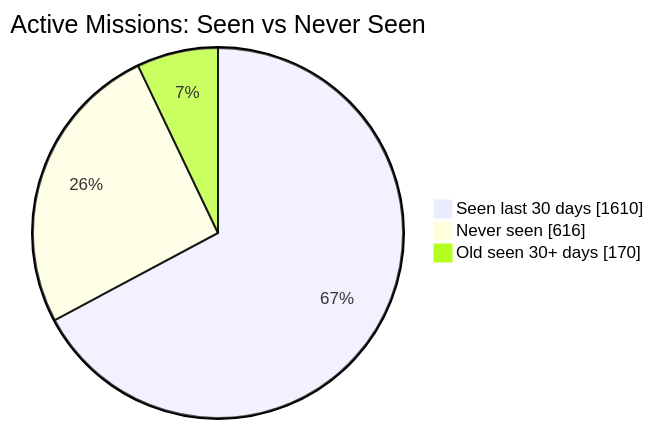
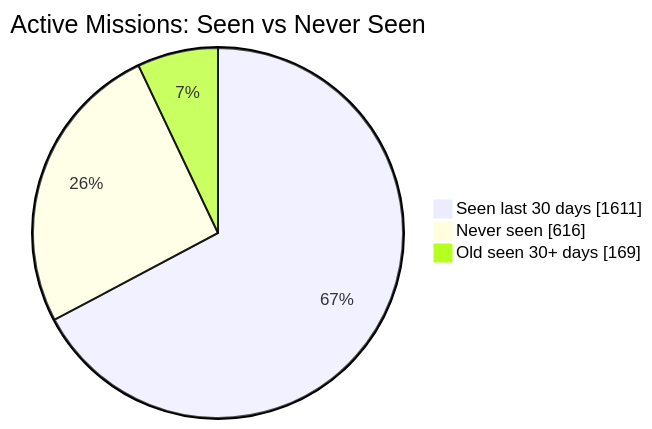
One commit to MeldkamerspelGameTeam/active-missions changed the first of 2 diagrams in README.md. Above: the diagram before and after it, drawn with Mermaid. The commit also changed other lines of this file and 2 other files, not shown here.

````diff
--- a/README.md
+++ b/README.md
@@ -34,7 +34,7 @@
 ```mermaid
 pie showData
     title Active Missions: Seen vs Never Seen
-    "Seen last 30 days" : 1610
+    "Seen last 30 days" : 1611
     "Never seen" : 616
-    "Old seen 30+ days" : 170
+    "Old seen 30+ days" : 169
 ```
````
